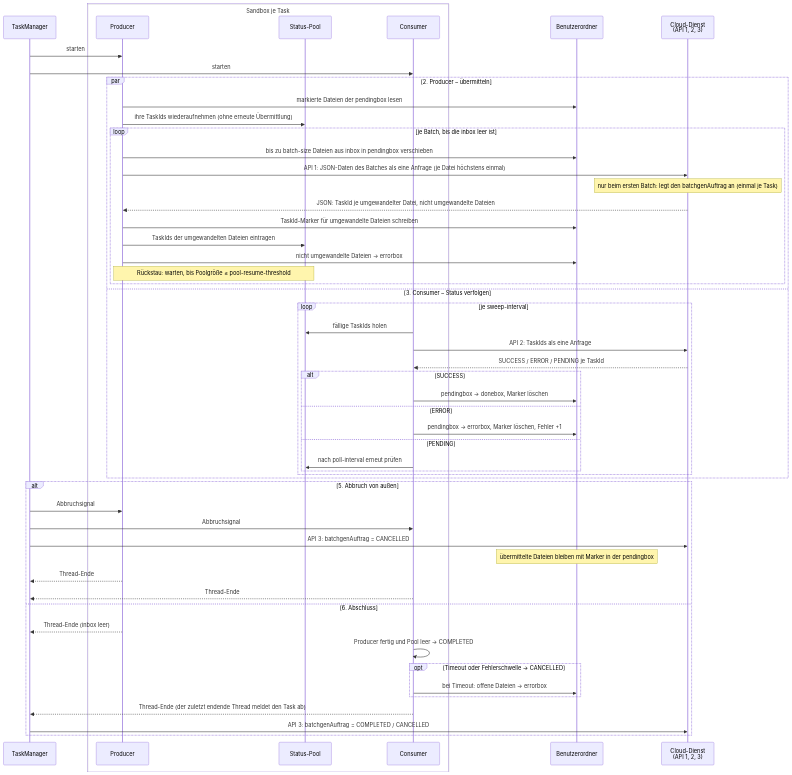
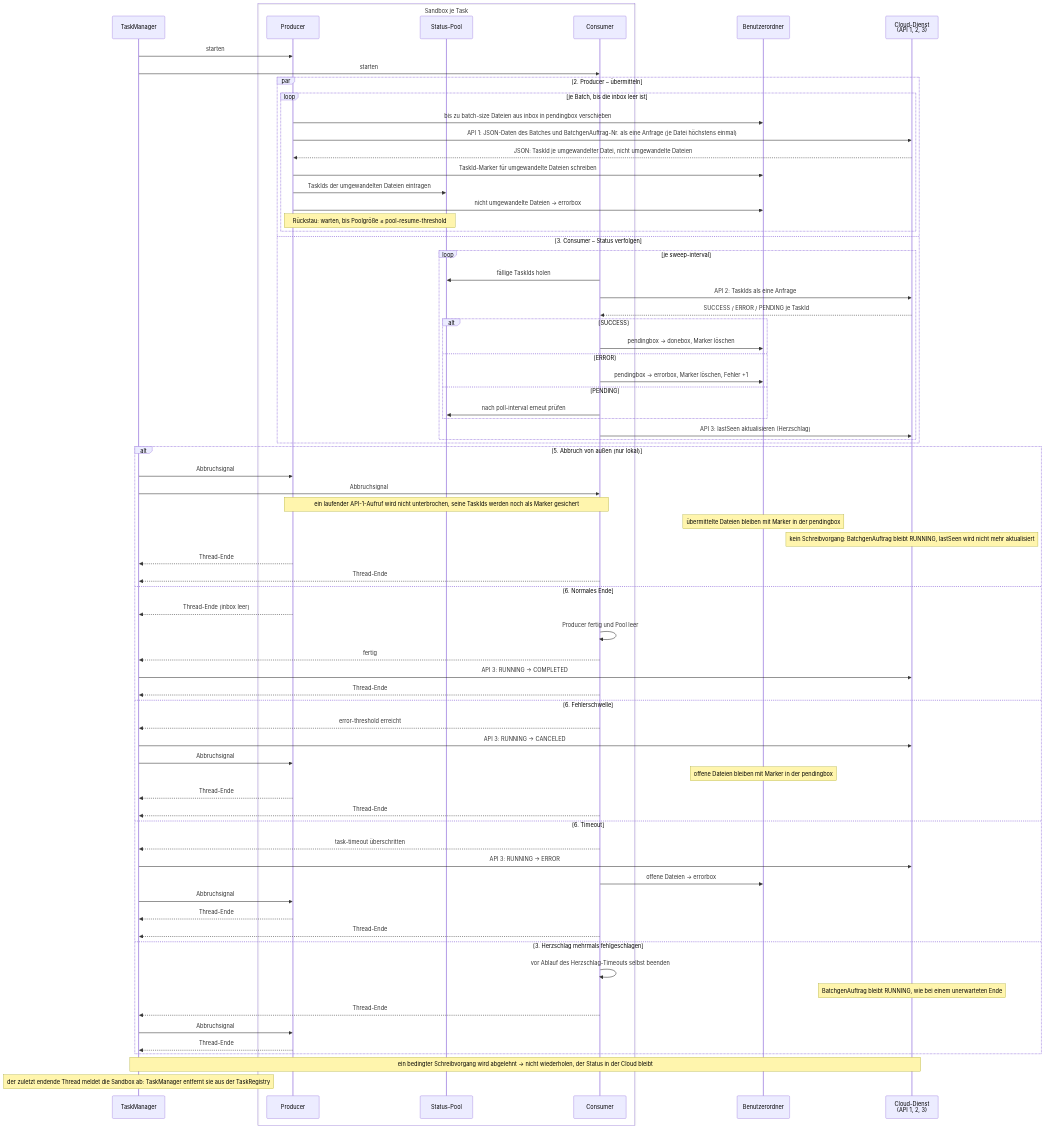
Before and after one commit to wwsstl/asynchrone-anwendungsarchitektur: the diagram in docs/architect/sandbox_sequenz.mmd, drawn with Mermaid. The commit also changed 3 other files, not shown here.

```diff
--- a/docs/architect/sandbox_sequenz.mmd
+++ b/docs/architect/sandbox_sequenz.mmd
@@ -1,60 +1,80 @@
 sequenceDiagram
     %% Innenansicht der Blackbox „Sandbox je Task“ aus funktionsweise_sequenz.mmd
-    %% Phasennummern wie in funktionsweise_sequenz.md
+    %% Phasennummern wie in funktionsweise_sequenz.md (Phase 1, erste_phase_zusatz_anforderungen.md)
+    %% Der BatchgenAuftrag ist beim Start bereits angelegt (Abschnitt 1), seine Nummer ist die Aufgabennummer
 
     participant TM as TaskManager
     box Sandbox je Task
         participant P as Producer
         participant Pool as Status-Pool
         participant C as Consumer
     end
     participant O as Benutzerordner
     participant Cloud as Cloud-Dienst<br/>(API 1, 2, 3)
 
     TM->>P: starten
     TM->>C: starten
 
     par 2. Producer – übermitteln
-        P->>O: markierte Dateien der pendingbox lesen
-        P->>Pool: ihre TaskIds wiederaufnehmen (ohne erneute Übermittlung)
         loop je Batch, bis die inbox leer ist
             P->>O: bis zu batch-size Dateien aus inbox in pendingbox verschieben
-            P->>Cloud: API 1: JSON-Daten des Batches als eine Anfrage (je Datei höchstens einmal)
-            Note over Cloud: nur beim ersten Batch: legt den batchgenAuftrag an (einmal je Task)
+            P->>Cloud: API 1: JSON-Daten des Batches und BatchgenAuftrag-Nr. als eine Anfrage (je Datei höchstens einmal)
             Cloud-->>P: JSON: TaskId je umgewandelter Datei, nicht umgewandelte Dateien
             P->>O: TaskId-Marker für umgewandelte Dateien schreiben
             P->>Pool: TaskIds der umgewandelten Dateien eintragen
             P->>O: nicht umgewandelte Dateien → errorbox
             Note over P,Pool: Rückstau: warten, bis Poolgröße ≤ pool-resume-threshold
         end
     and 3. Consumer – Status verfolgen
         loop je sweep-interval
             C->>Pool: fällige TaskIds holen
             C->>Cloud: API 2: TaskIds als eine Anfrage
             Cloud-->>C: SUCCESS / ERROR / PENDING je TaskId
             alt SUCCESS
                 C->>O: pendingbox → donebox, Marker löschen
             else ERROR
                 C->>O: pendingbox → errorbox, Marker löschen, Fehler +1
             else PENDING
                 C->>Pool: nach poll-interval erneut prüfen
             end
+            C->>Cloud: API 3: lastSeen aktualisieren (Herzschlag)
         end
     end
 
-    alt 5. Abbruch von außen
+    alt 5. Abbruch von außen (nur lokal)
         TM->>P: Abbruchsignal
         TM->>C: Abbruchsignal
-        TM->>Cloud: API 3: batchgenAuftrag = CANCELLED
+        Note over P,C: ein laufender API-1-Aufruf wird nicht unterbrochen, seine TaskIds werden noch als Marker gesichert
         Note over O: übermittelte Dateien bleiben mit Marker in der pendingbox
+        Note over Cloud: kein Schreibvorgang: BatchgenAuftrag bleibt RUNNING, lastSeen wird nicht mehr aktualisiert
         P-->>TM: Thread-Ende
         C-->>TM: Thread-Ende
-    else 6. Abschluss
+    else 6. Normales Ende
         P-->>TM: Thread-Ende (inbox leer)
-        C->>C: Producer fertig und Pool leer → COMPLETED
-        opt Timeout oder Fehlerschwelle → CANCELLED
-            C->>O: bei Timeout: offene Dateien → errorbox
-        end
-        C-->>TM: Thread-Ende (der zuletzt endende Thread meldet den Task ab)
-        TM->>Cloud: API 3: batchgenAuftrag = COMPLETED / CANCELLED
+        C->>C: Producer fertig und Pool leer
+        C-->>TM: fertig
+        TM->>Cloud: API 3: RUNNING → COMPLETED
+        C-->>TM: Thread-Ende
+    else 6. Fehlerschwelle
+        C-->>TM: error-threshold erreicht
+        TM->>Cloud: API 3: RUNNING → CANCELED
+        TM->>P: Abbruchsignal
+        Note over O: offene Dateien bleiben mit Marker in der pendingbox
+        P-->>TM: Thread-Ende
+        C-->>TM: Thread-Ende
+    else 6. Timeout
+        C-->>TM: task-timeout überschritten
+        TM->>Cloud: API 3: RUNNING → ERROR
+        C->>O: offene Dateien → errorbox
+        TM->>P: Abbruchsignal
+        P-->>TM: Thread-Ende
+        C-->>TM: Thread-Ende
+    else 3. Herzschlag mehrmals fehlgeschlagen
+        C->>C: vor Ablauf des Herzschlag-Timeouts selbst beenden
+        Note over Cloud: BatchgenAuftrag bleibt RUNNING, wie bei einem unerwarteten Ende
+        C-->>TM: Thread-Ende
+        TM->>P: Abbruchsignal
+        P-->>TM: Thread-Ende
     end
+    Note over TM,Cloud: ein bedingter Schreibvorgang wird abgelehnt → nicht wiederholen, der Status in der Cloud bleibt
+    Note over TM: der zuletzt endende Thread meldet die Sandbox ab: TaskManager entfernt sie aus der TaskRegistry
```
